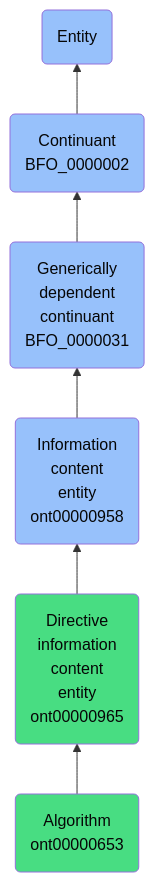
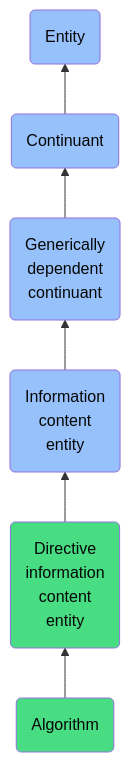
Before and after one commit to jupyter-naas/abi: the diagram in docs/ontology/reference/model/Entity/Continuant/Generically dependent continuant/Information content entity/Directive information content entity/Algorithm/Algorithm.md, drawn with Mermaid. The commit also changed other lines of this file and 1430 other files, not shown here.

````diff
--- a/docs/ontology/reference/model/Entity/Continuant/Generically dependent continuant/Information content entity/Directive information content entity/Algorithm/Algorithm.md
+++ b/docs/ontology/reference/model/Entity/Continuant/Generically dependent continuant/Information content entity/Directive information content entity/Algorithm/Algorithm.md
@@ -24,13 +24,13 @@
 ```mermaid
 graph BT
-    ont00000653(Algorithm<br>ont00000653):::ABI-->ont00000965
-    ont00000965(Directive<br>information<br>content<br>entity<br>ont00000965):::ABI-->ont00000958
-    ont00000958(Information<br>content<br>entity<br>ont00000958):::BFO-->BFO_0000031
-    BFO_0000031(Generically<br>dependent<br>continuant<br>BFO_0000031):::BFO-->BFO_0000002
-    BFO_0000002(Continuant<br>BFO_0000002):::BFO-->BFO_0000001
+    ont00000653(Algorithm):::ABI-->ont00000965
+    ont00000965(Directive<br>information<br>content<br>entity):::ABI-->ont00000958
+    ont00000958(Information<br>content<br>entity):::BFO-->BFO_0000031
+    BFO_0000031(Generically<br>dependent<br>continuant):::BFO-->BFO_0000002
+    BFO_0000002(Continuant):::BFO-->BFO_0000001
     BFO_0000001(Entity):::BFO
     
     classDef BFO fill:#97c1fb,color:#060606
     classDef CCO fill:#e4c51e,color:#060606
     classDef ABI fill:#48DD82,color:#060606
 ```
````
